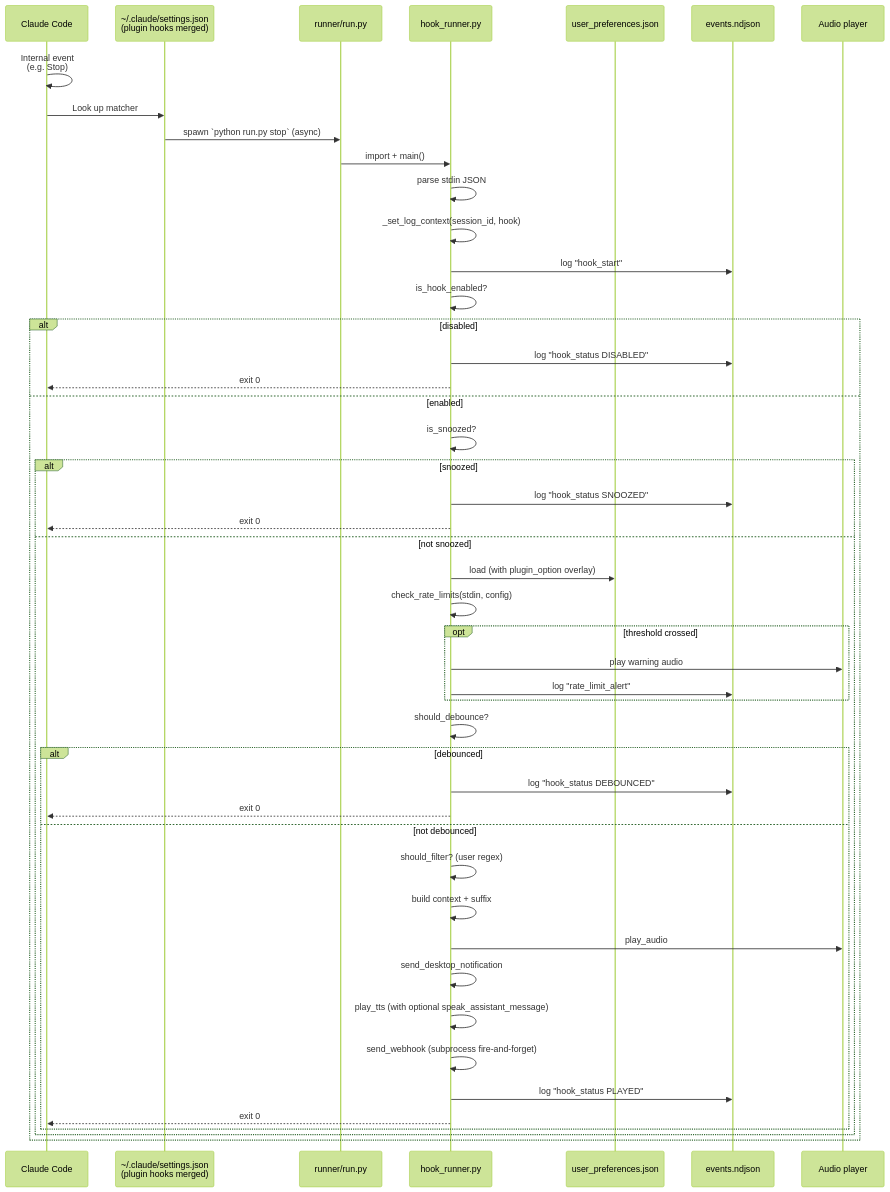
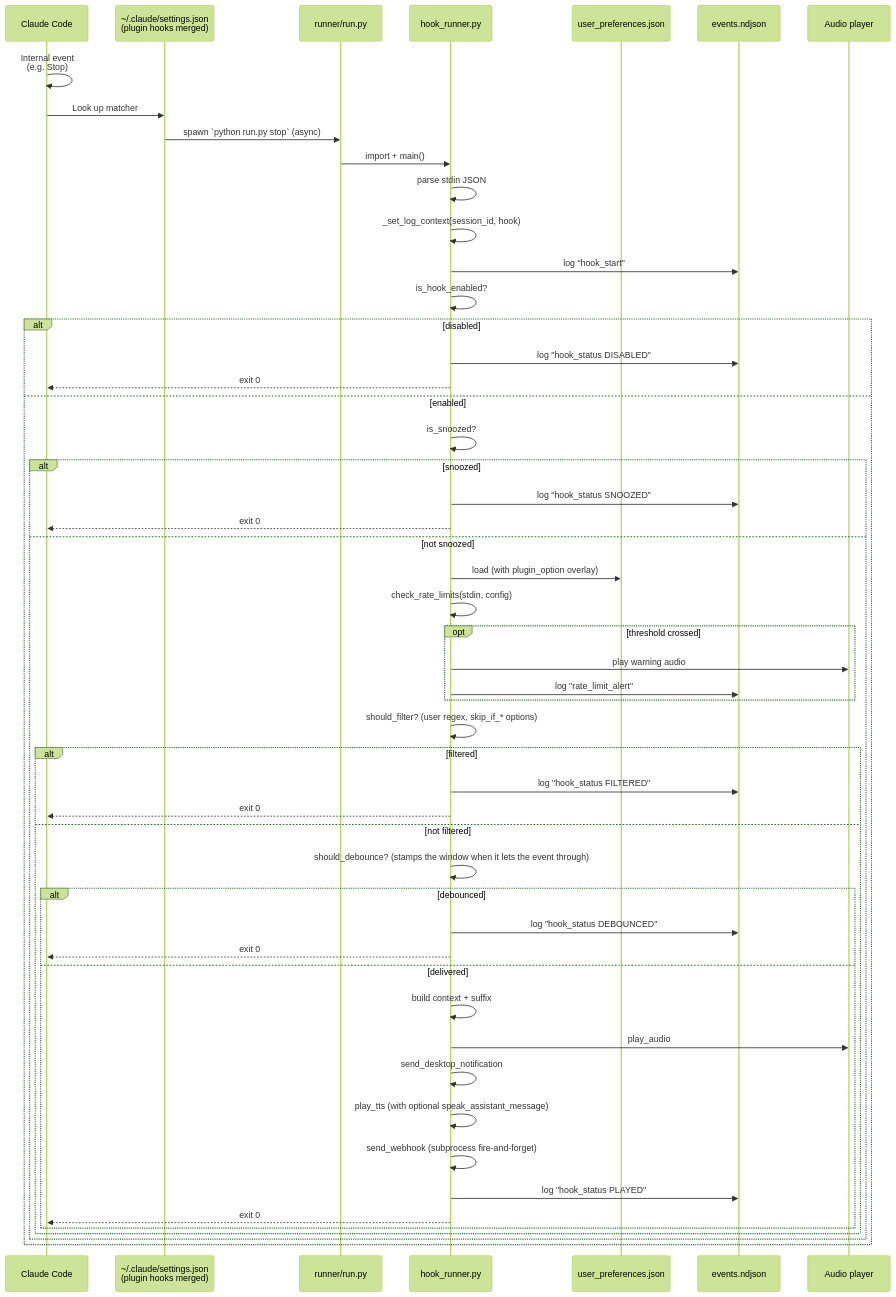
One commit to ChanMeng666/echook changed the fourth of 6 diagrams in docs/ARCHITECTURE.md. Above: the diagram before and after it, drawn with Mermaid (forest theme). The commit also changed other lines of this file and 92 other files, not shown here.

````diff
--- a/docs/ARCHITECTURE.md
+++ b/docs/ARCHITECTURE.md
@@ -354,51 +360,56 @@
 ```mermaid
 sequenceDiagram
     participant CC as Claude Code
     participant SJ as ~/.claude/settings.json<br/>(plugin hooks merged)
     participant RUNNER as runner/run.py
     participant HR as hook_runner.py
     participant CONFIG as user_preferences.json
     participant LOG as events.ndjson
     participant AUDIO as Audio player
 
     CC->>CC: Internal event<br/>(e.g. Stop)
     CC->>SJ: Look up matcher
     SJ->>RUNNER: spawn `python run.py stop` (async)
     RUNNER->>HR: import + main()
     HR->>HR: parse stdin JSON
     HR->>HR: _set_log_context(session_id, hook)
     HR->>LOG: log "hook_start"
 
     HR->>HR: is_hook_enabled?
     alt disabled
         HR->>LOG: log "hook_status DISABLED"
         HR-->>CC: exit 0
     else enabled
         HR->>HR: is_snoozed?
         alt snoozed
             HR->>LOG: log "hook_status SNOOZED"
             HR-->>CC: exit 0
         else not snoozed
             HR->>CONFIG: load (with plugin_option overlay)
             HR->>HR: check_rate_limits(stdin, config)
             opt threshold crossed
                 HR->>AUDIO: play warning audio
                 HR->>LOG: log "rate_limit_alert"
             end
-            HR->>HR: should_debounce?
-            alt debounced
-                HR->>LOG: log "hook_status DEBOUNCED"
+            HR->>HR: should_filter? (user regex, skip_if_* options)
+            alt filtered
+                HR->>LOG: log "hook_status FILTERED"
                 HR-->>CC: exit 0
-            else not debounced
-                HR->>HR: should_filter? (user regex)
-                HR->>HR: build context + suffix
-                HR->>AUDIO: play_audio
-                HR->>HR: send_desktop_notification
-                HR->>HR: play_tts (with optional speak_assistant_message)
-                HR->>HR: send_webhook (subprocess fire-and-forget)
-                HR->>LOG: log "hook_status PLAYED"
-                HR-->>CC: exit 0
+            else not filtered
+                HR->>HR: should_debounce? (stamps the window when it lets the event through)
+                alt debounced
+                    HR->>LOG: log "hook_status DEBOUNCED"
+                    HR-->>CC: exit 0
+                else delivered
+                    HR->>HR: build context + suffix
+                    HR->>AUDIO: play_audio
+                    HR->>HR: send_desktop_notification
+                    HR->>HR: play_tts (with optional speak_assistant_message)
+                    HR->>HR: send_webhook (subprocess fire-and-forget)
+                    HR->>LOG: log "hook_status PLAYED"
+                    HR-->>CC: exit 0
+                end
             end
         end
     end
 ```
````
